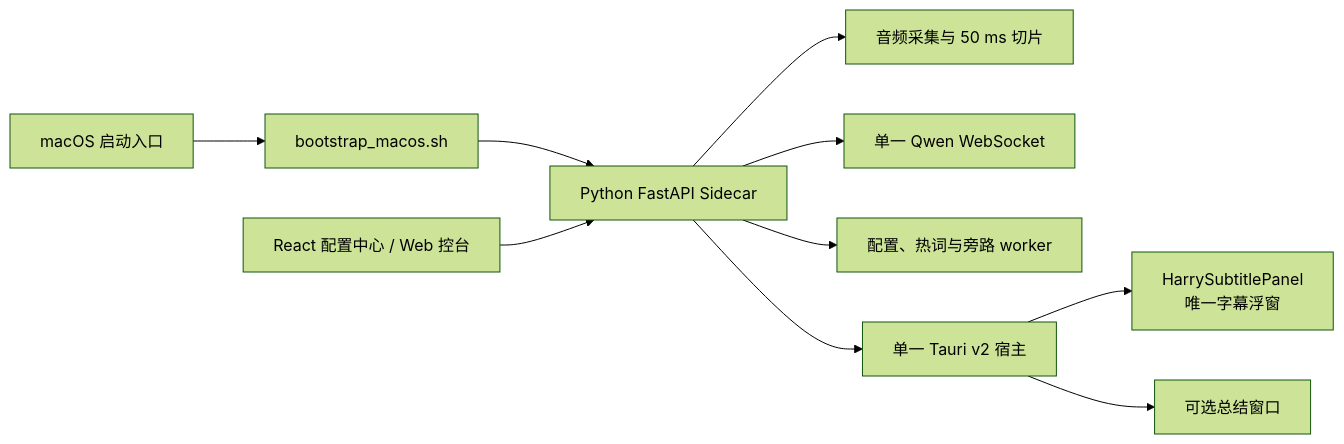
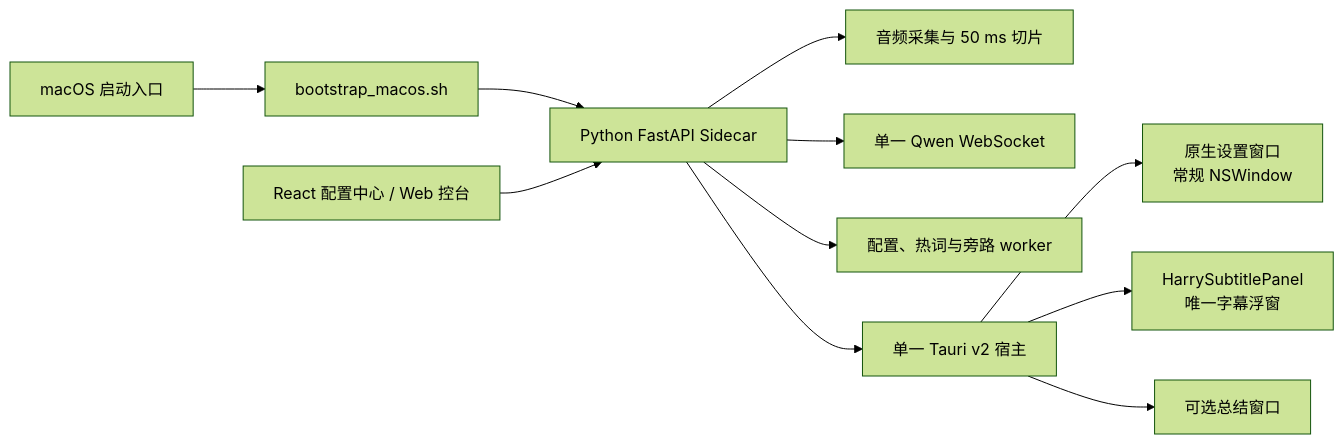
The diagram in README.md (xiaokunshi5-lang/harry-translate-v2-mac), drawn with Mermaid (forest theme) before and after one commit. The commit also changed other lines of this file and 46 other files, not shown here.

````diff
--- a/README.md
+++ b/README.md
@@ -74,12 +111,13 @@
 ```mermaid
 flowchart LR
     Launcher["macOS 启动入口"] --> Bootstrap["bootstrap_macos.sh"]
     Bootstrap --> Sidecar["Python FastAPI Sidecar"]
     Sidecar --> Audio["音频采集与 50 ms 切片"]
     Sidecar --> Qwen["单一 Qwen WebSocket"]
     Sidecar --> Config["配置、热词与旁路 worker"]
     Sidecar --> Host["单一 Tauri v2 宿主"]
+    Host --> Settings["原生设置窗口<br/>常规 NSWindow"]
     Host --> Overlay["HarrySubtitlePanel<br/>唯一字幕浮窗"]
     Host --> Summary["可选总结窗口"]
     Web["React 配置中心 / Web 控台"] --> Sidecar
 ```
````
